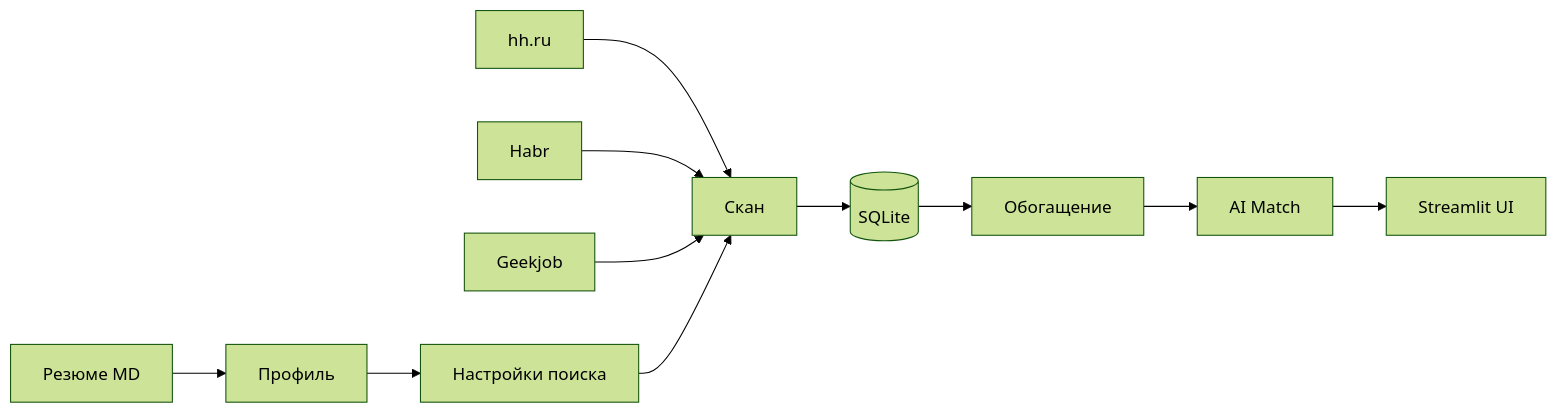
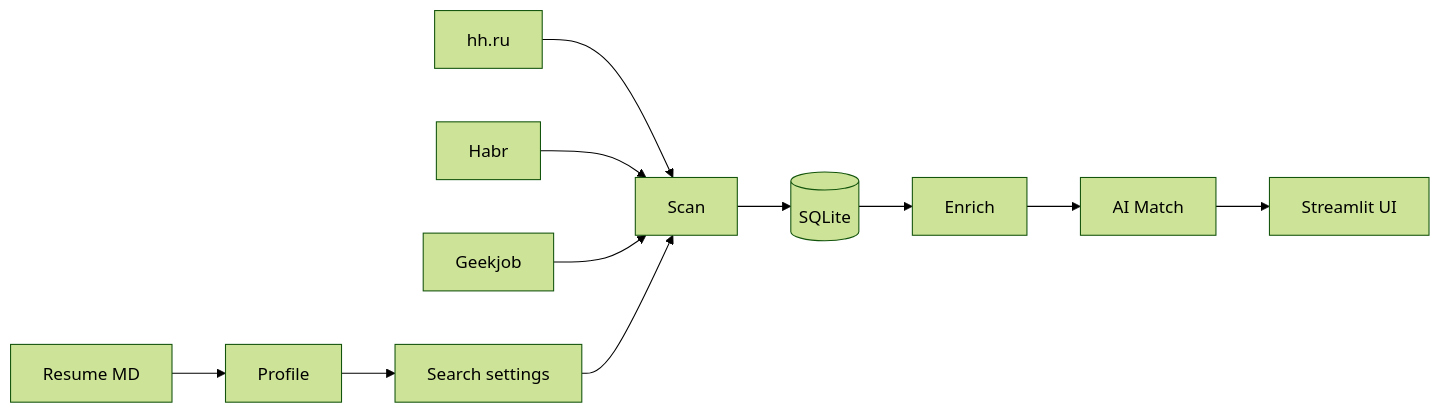
One commit to addito-5G/job-scout changed the diagram in README.md. Above: the diagram before and after it, drawn with Mermaid (forest theme). The commit also changed other lines of this file and 1 other file, not shown here.

````diff
--- a/README.md
+++ b/README.md
@@ -55,13 +57,13 @@
 ```mermaid
 flowchart LR
-    R[Резюме MD] --> P[Профиль]
-    P --> S[Настройки поиска]
-    HH[hh.ru] --> SC[Скан]
+    R[Resume MD] --> P[Profile]
+    P --> S[Search settings]
+    HH[hh.ru] --> SC[Scan]
     HB[Habr] --> SC
     GJ[Geekjob] --> SC
     SC --> DB[(SQLite)]
     S --> SC
-    DB --> EN[Обогащение]
+    DB --> EN[Enrich]
     EN --> M[AI Match]
     M --> UI[Streamlit UI]
 ```
````
